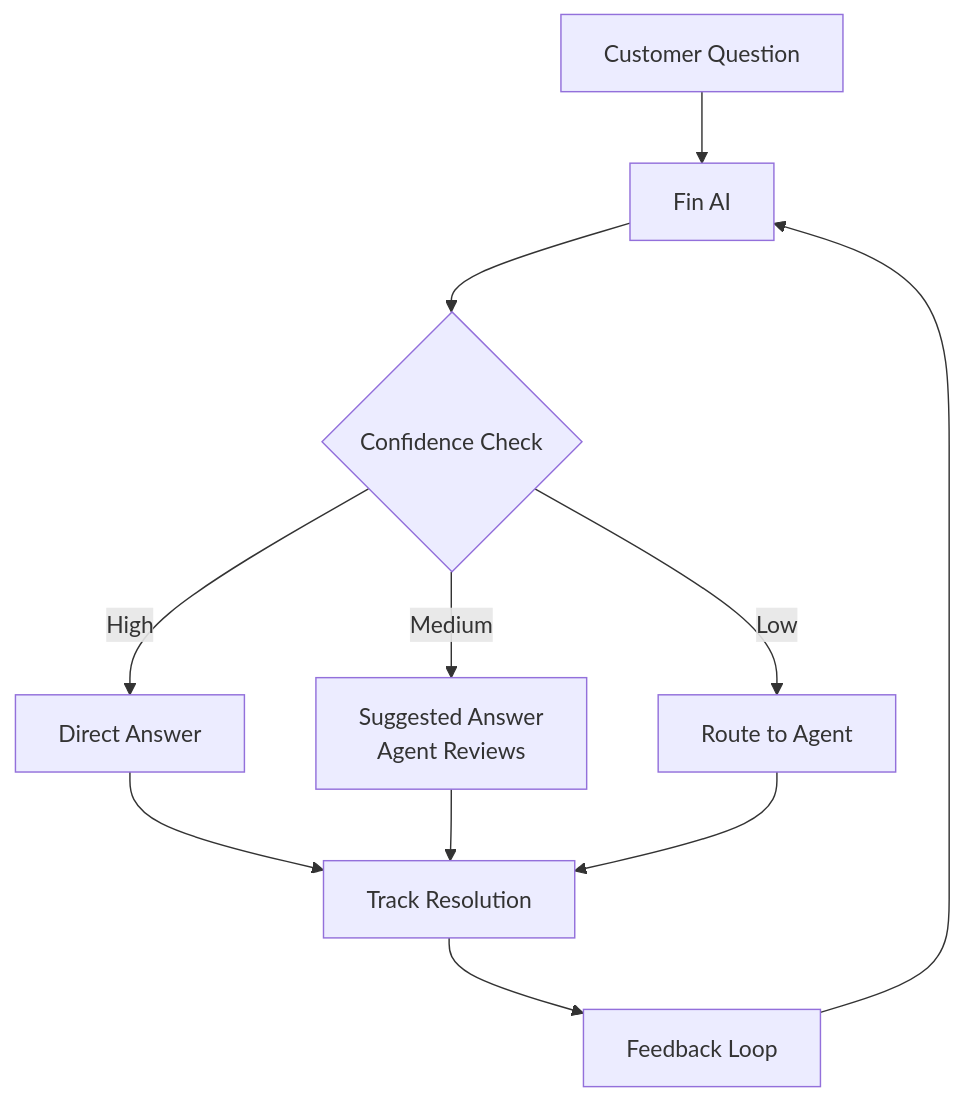
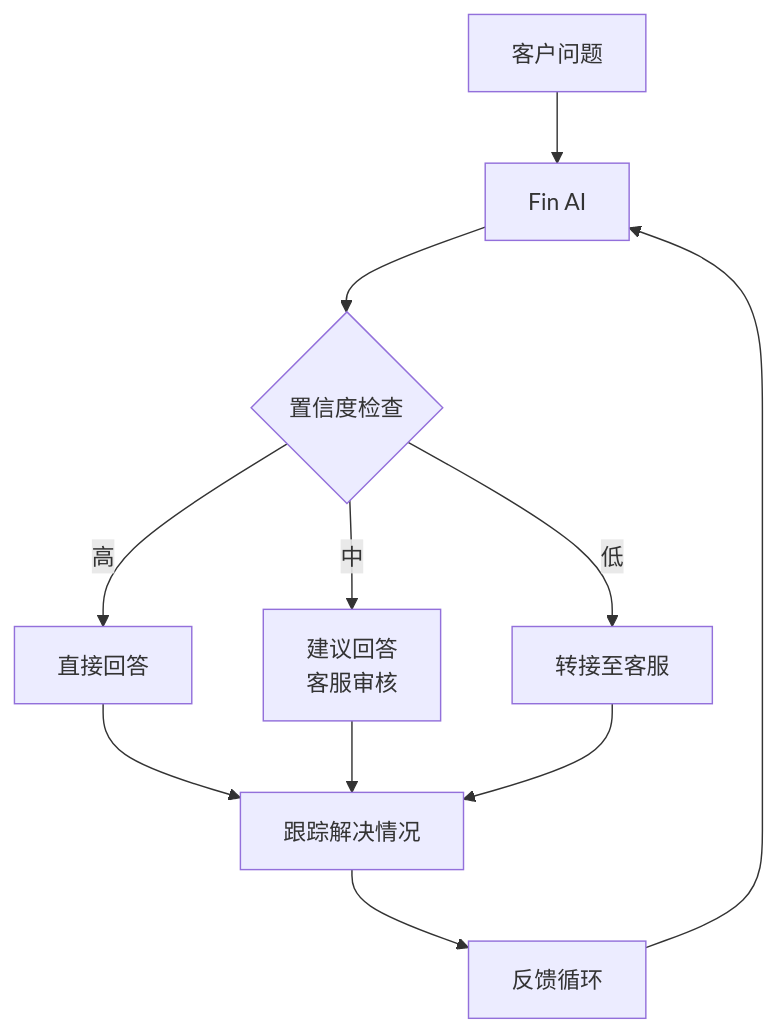
One commit to stars-labs/ai-driven-customer-service changed the first of 3 diagrams in i18n/zh/docusaurus-plugin-content-docs/current/05-case-studies.md. Above: the diagram before and after it, drawn with Mermaid. The commit also changed other lines of this file and 15 other files, not shown here.

````diff
--- a/i18n/zh/docusaurus-plugin-content-docs/current/05-case-studies.md
+++ b/i18n/zh/docusaurus-plugin-content-docs/current/05-case-studies.md
@@ -52,13 +52,13 @@
 ```mermaid
 flowchart TB
-    A[Customer Question] --> B[Fin AI]
-    B --> C{Confidence Check}
-    C -->|High| D[Direct Answer]
-    C -->|Medium| E[Suggested Answer<br/>Agent Reviews]
-    C -->|Low| F[Route to Agent]
-    D --> G[Track Resolution]
+    A[客户问题] --> B[Fin AI]
+    B --> C{置信度检查}
+    C -->|高| D[直接回答]
+    C -->|中| E[建议回答<br/>客服审核]
+    C -->|低| F[转接至客服]
+    D --> G[跟踪解决情况]
     E --> G
     F --> G
-    G --> H[Feedback Loop]
+    G --> H[反馈循环]
     H --> B
 ```
````
